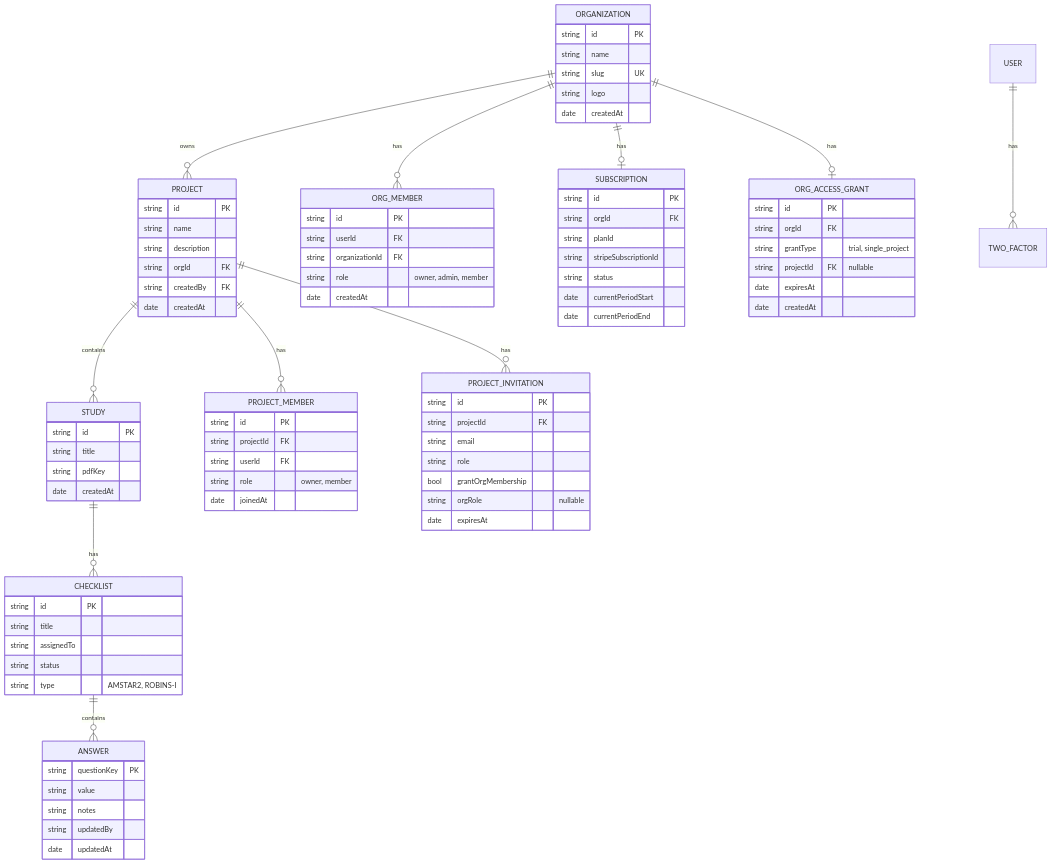
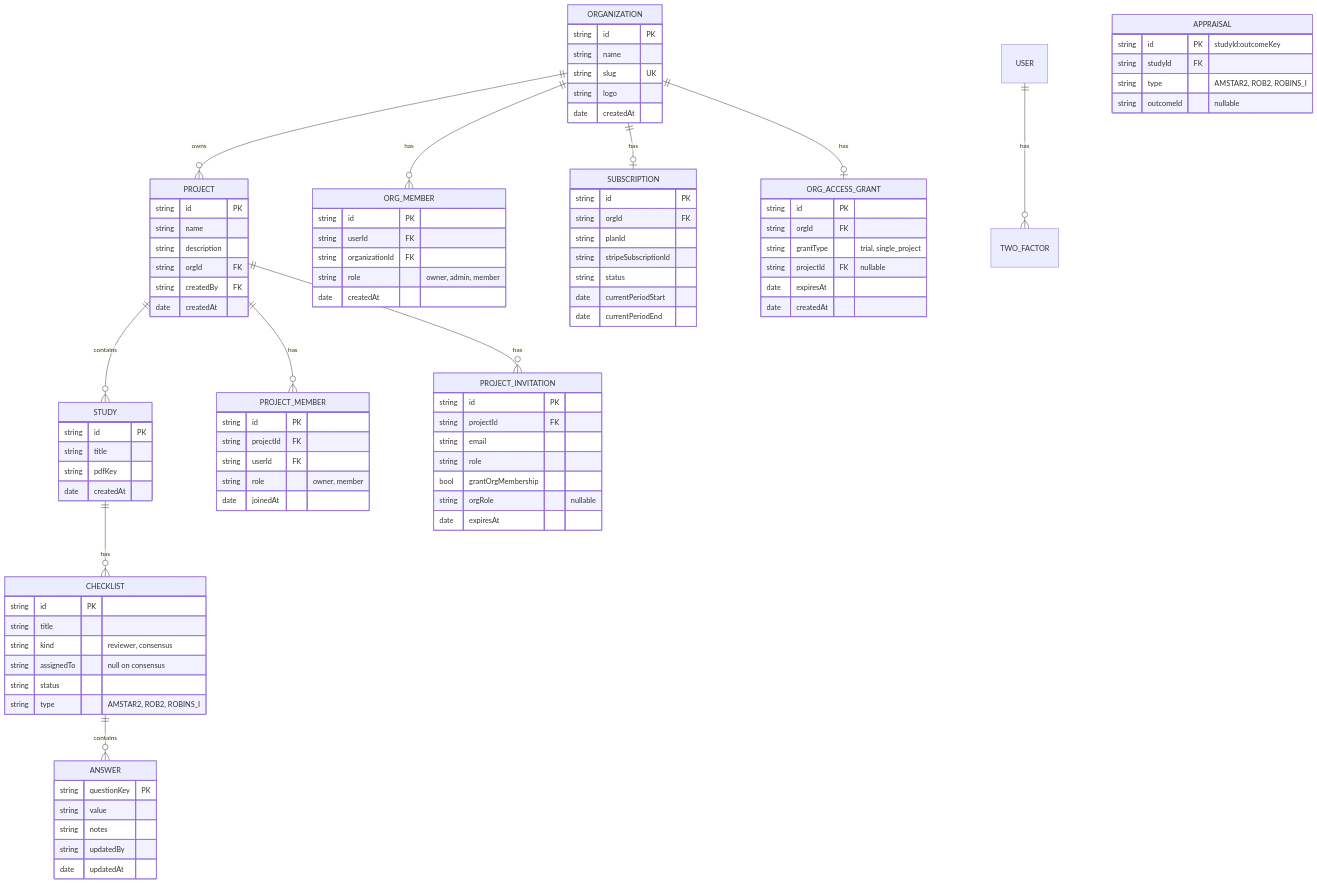
One commit to InfinityBowman/corates changed the diagram in packages/docs/architecture/diagrams/04-data-model.md. Above: the diagram before and after it, drawn with Mermaid. The commit also changed other lines of this file and 10 other files, not shown here.

```diff
--- a/packages/docs/architecture/diagrams/04-data-model.md
+++ b/packages/docs/architecture/diagrams/04-data-model.md
@@ -84,12 +84,20 @@
         date createdAt
     }
 
+    APPRAISAL {
+        string id PK "studyId:outcomeKey"
+        string studyId FK
+        string type "AMSTAR2, ROB2, ROBINS_I"
+        string outcomeId "nullable"
+    }
+
     CHECKLIST {
         string id PK
         string title
-        string assignedTo
+        string kind "reviewer, consensus"
+        string assignedTo "null on consensus"
         string status
-        string type "AMSTAR2, ROBINS-I"
+        string type "AMSTAR2, ROB2, ROBINS_I"
     }
 
     ANSWER {
```
